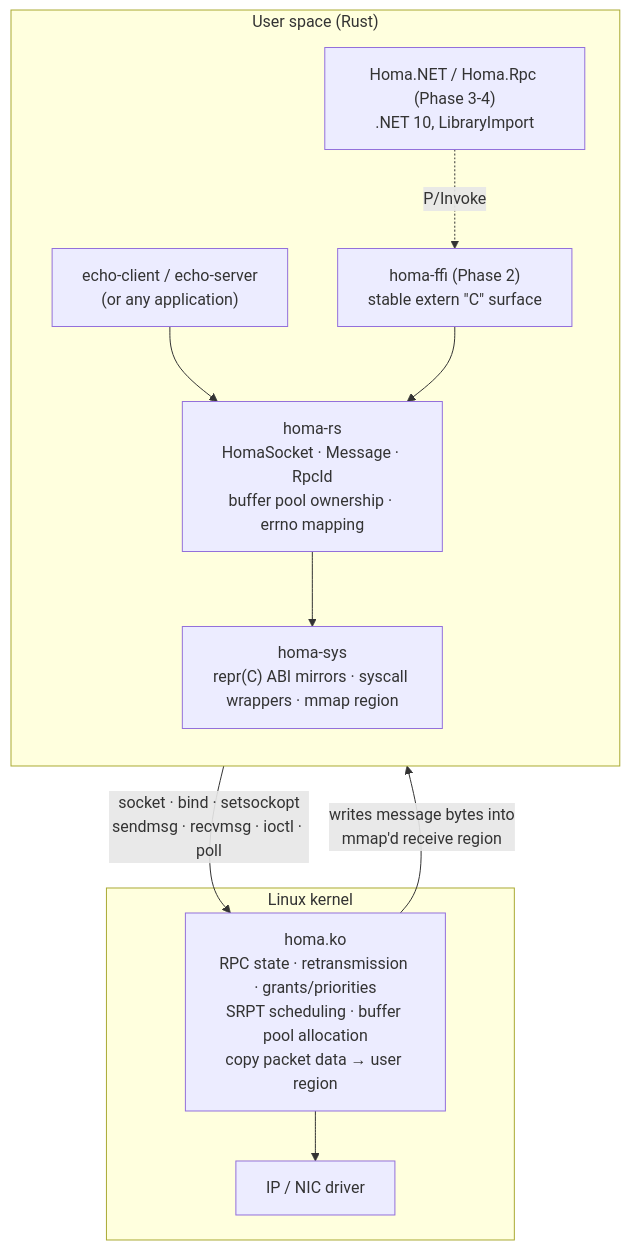
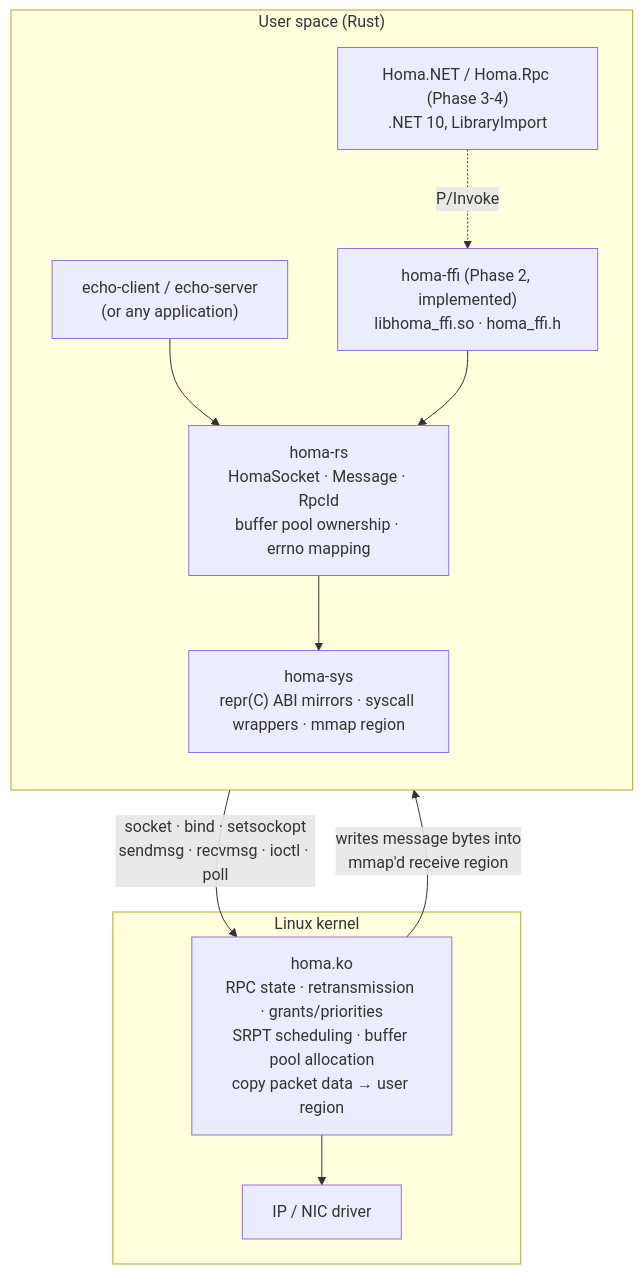
Before and after one commit to kearns2000/homastack: the diagram in README.md, drawn with Mermaid. The commit also changed other lines of this file and 25 other files, not shown here.

````diff
--- a/README.md
+++ b/README.md
@@ -78,20 +78,20 @@
 ```mermaid
 flowchart TB
     subgraph user["User space (Rust)"]
         direction TB
         app["echo-client / echo-server<br/>(or any application)"]
         rs["homa-rs<br/>HomaSocket · Message · RpcId<br/>buffer pool ownership · errno mapping"]
         sys["homa-sys<br/>repr(C) ABI mirrors · syscall wrappers · mmap region"]
-        ffi["homa-ffi (Phase 2)<br/>stable extern #quot;C#quot; surface"]
+        ffi["homa-ffi (Phase 2, implemented)<br/>libhoma_ffi.so · homa_ffi.h"]
         net["Homa.NET / Homa.Rpc (Phase 3-4)<br/>.NET 10, LibraryImport"]
         app --> rs --> sys
         net -. P/Invoke .-> ffi --> rs
     end
     subgraph kernel["Linux kernel"]
         mod["homa.ko<br/>RPC state · retransmission · grants/priorities<br/>SRPT scheduling · buffer pool allocation<br/>copy packet data → user region"]
         ip["IP / NIC driver"]
         mod --> ip
     end
     sys -- "socket · bind · setsockopt<br/>sendmsg · recvmsg · ioctl · poll" --> mod
     mod -- "writes message bytes into<br/>mmap'd receive region" --> sys
 ```
````
